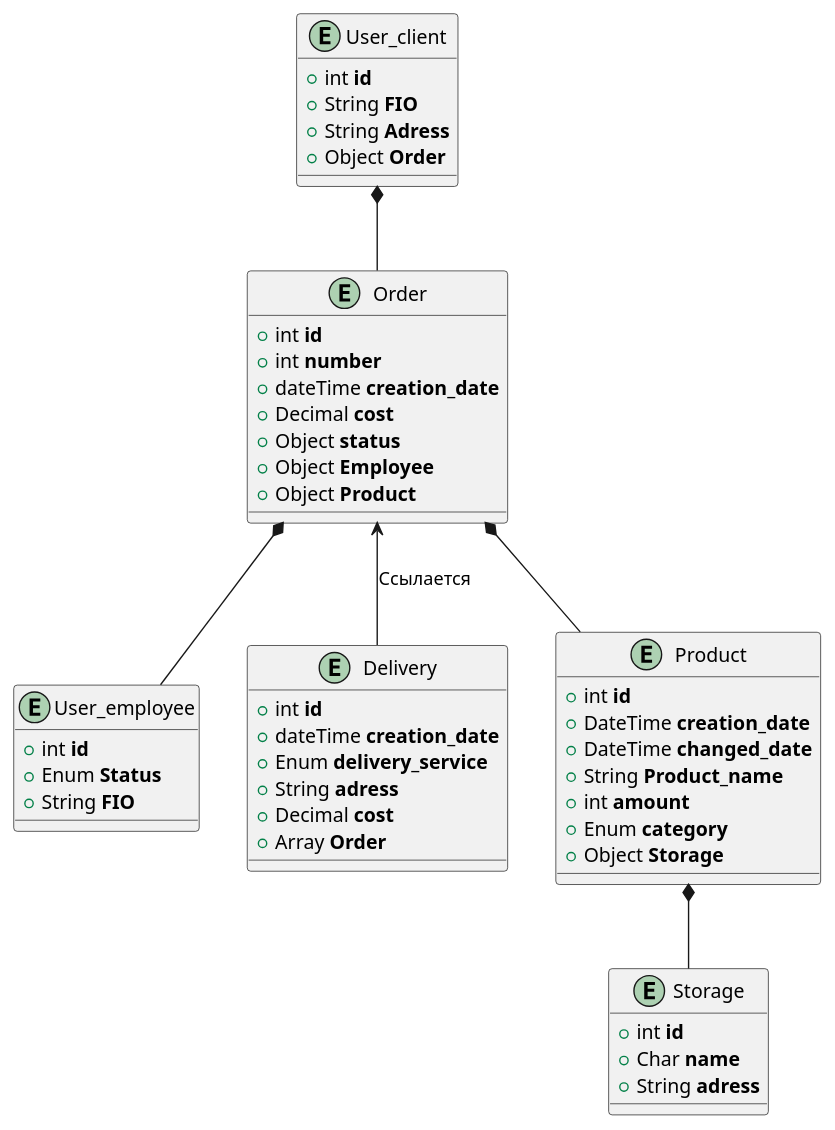
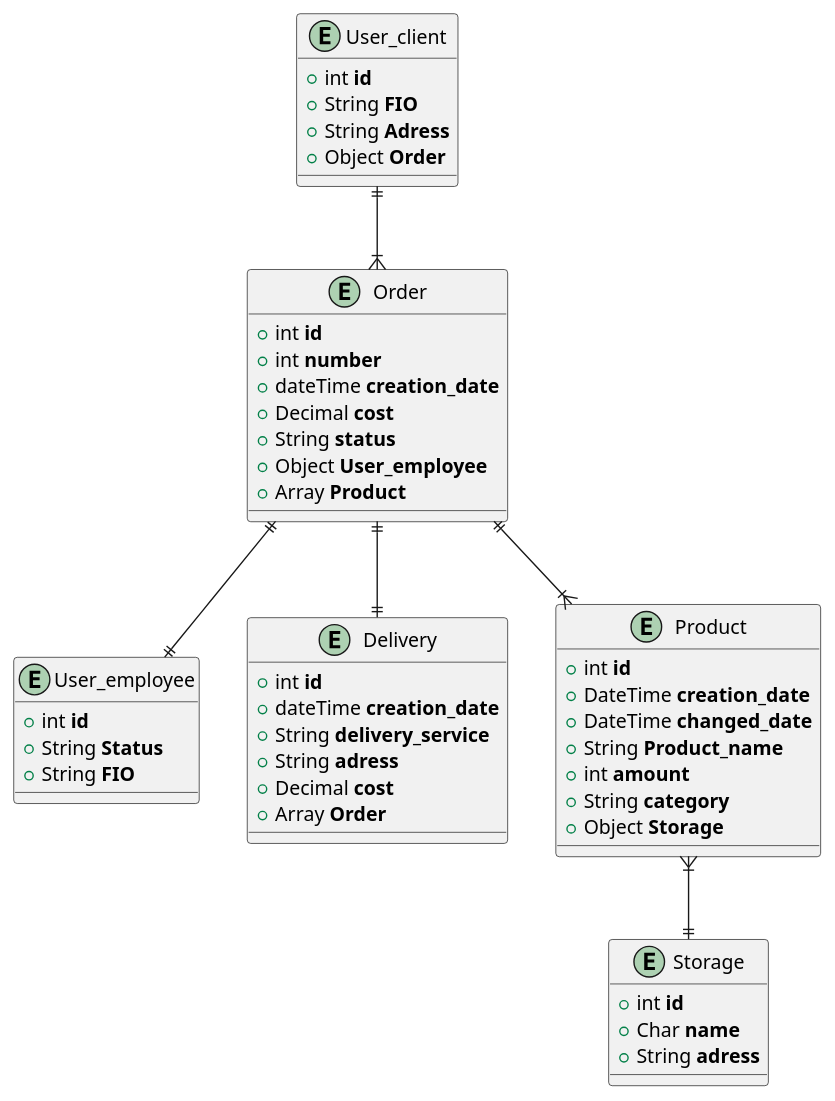
Before and after one commit to DitSoGD/Golturenko_analytics_practice: the diagram in nosql.puml, drawn with PlantUML.

Commit message:
поправка в nosql

```diff
--- a/nosql.puml
+++ b/nosql.puml
@@ -1,52 +1,52 @@
 @startuml
 
 entity User_employee {
   + int **id**
-  + Enum **Status**
+  + String **Status**
   + String **FIO**
 }
 entity User_client {
   + int **id**
   + String **FIO**
   + String **Adress**
   + Object **Order**
 }
 entity Order {
   + int **id**
   + int **number**
   + dateTime **creation_date**
   + Decimal **cost**
-  + Object **status**
-  + Object **Employee**
-  + Object **Product**
+  + String **status**
+  + Object **User_employee**
+  + Array **Product**
 }
 entity Delivery {
   + int **id**
   + dateTime **creation_date**
-  + Enum **delivery_service**
+  + String **delivery_service**
   + String **adress**
   + Decimal **cost**
   + Array **Order**
 }
 entity Product {
   + int **id**
   + DateTime **creation_date**
   + DateTime **changed_date**
   + String **Product_name**
   + int **amount**
-  + Enum **category**
+  + String **category**
   + Object **Storage**
 }
 entity Storage {
   + int **id**
   + Char **name**
   + String **adress**
 }
 
-User_client *-- Order
-Order *-- Product
-Order <-- Delivery : Ссылается
-Order *-- User_employee
-Product *-- Storage
+User_client ||--|{ Order
+Order ||--|{ Product
+Order ||--|| Delivery
+Order ||--|| User_employee
+Product }|--|| Storage
 
 @enduml
```
